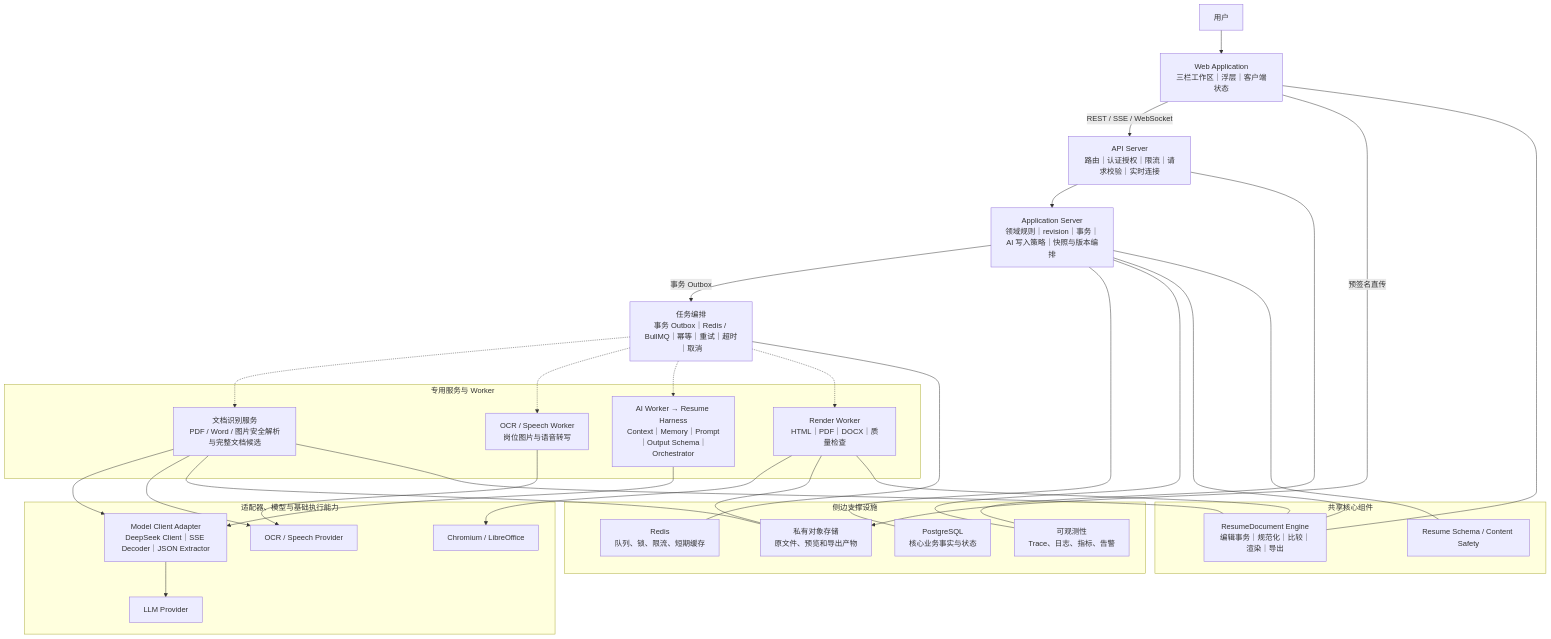
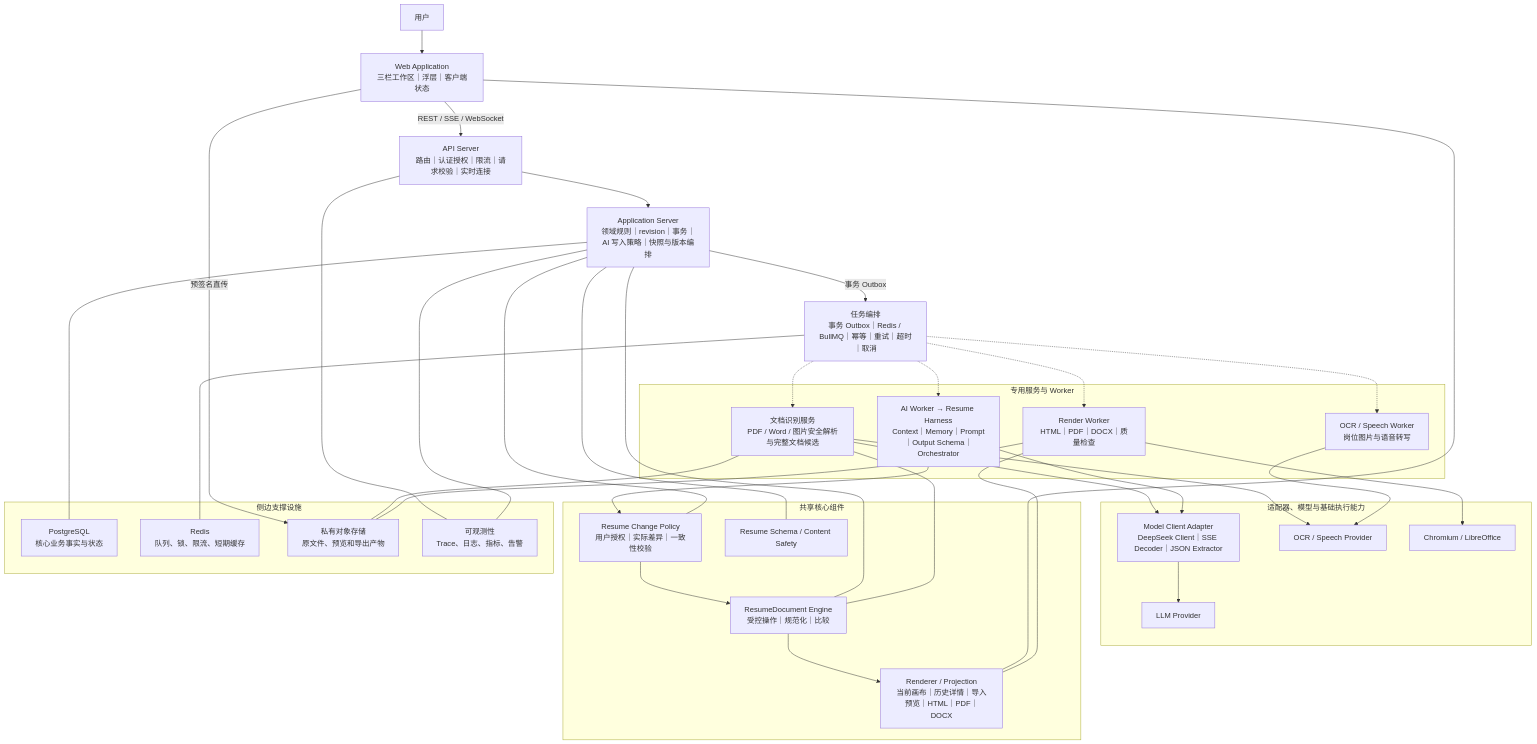
Before and after one commit to SwinBlackSea/resume: the diagram in TECH.md, drawn with Mermaid. The commit also changed other lines of this file and 49 other files, not shown here.

````diff
--- a/TECH.md
+++ b/TECH.md
@@ -91,60 +100,64 @@
 ```mermaid
 flowchart TB
     User["用户"]
     Web["Web Application<br/>三栏工作区｜浮层｜客户端状态"]
     API["API Server<br/>路由｜认证授权｜限流｜请求校验｜实时连接"]
     App["Application Server<br/>领域规则｜revision｜事务｜AI 写入策略｜快照与版本编排"]
     Orchestrator["任务编排<br/>事务 Outbox｜Redis / BullMQ｜幂等｜重试｜超时｜取消"]
 
     subgraph Execution["专用服务与 Worker"]
         Recognition["文档识别服务<br/>PDF / Word / 图片安全解析与完整文档候选"]
         OCRWorker["OCR / Speech Worker<br/>岗位图片与语音转写"]
         AIWorker["AI Worker → Resume Harness<br/>Context｜Memory｜Prompt｜Output Schema｜Orchestrator"]
         RenderWorker["Render Worker<br/>HTML｜PDF｜DOCX｜质量检查"]
     end
 
     subgraph Runtime["适配器、模型与基础执行能力"]
         ModelClient["Model Client Adapter<br/>DeepSeek Client｜SSE Decoder｜JSON Extractor"]
         LLM["LLM Provider"]
         OCRProvider["OCR / Speech Provider"]
         DocumentRuntime["Chromium / LibreOffice"]
     end
 
     subgraph SharedCore["共享核心组件"]
-        ResumeDocument["ResumeDocument Engine<br/>编辑事务｜规范化｜比较｜渲染｜导出"]
+        ChangePolicy["Resume Change Policy<br/>用户授权｜实际差异｜一致性校验"]
+        ResumeDocument["ResumeDocument Engine<br/>受控操作｜规范化｜比较"]
+        Renderer["Renderer / Projection<br/>当前画布｜历史详情｜导入预览｜HTML｜PDF｜DOCX"]
         ResumeSchema["Resume Schema / Content Safety"]
     end
 
     subgraph Support["侧边支撑设施"]
         PostgreSQL["PostgreSQL<br/>核心业务事实与状态"]
         Redis["Redis<br/>队列、锁、限流、短期缓存"]
         ObjectStore["私有对象存储<br/>原文件、预览和导出产物"]
         Observability["可观测性<br/>Trace、日志、指标、告警"]
     end
 
     User --> Web -->|"REST / SSE / WebSocket"| API --> App
     App -->|"事务 Outbox"| Orchestrator
     Orchestrator -.-> Recognition
     Orchestrator -.-> OCRWorker
     Orchestrator -.-> AIWorker
     Orchestrator -.-> RenderWorker
 
     Recognition --> ModelClient
     Recognition --> OCRProvider
     OCRWorker --> OCRProvider
     AIWorker --> ModelClient --> LLM
+    AIWorker --> ChangePolicy --> ResumeDocument --> Renderer
     RenderWorker --> DocumentRuntime
 
     App --- PostgreSQL
     Orchestrator --- Redis
     Web -->|"预签名直传"| ObjectStore
     Recognition --- ObjectStore
     RenderWorker --- ObjectStore
     API --- Observability
     App --- Observability
-    Web --- ResumeDocument
+    Web --- Renderer
     App --- ResumeDocument
+    App --- ChangePolicy
     App --- ResumeSchema
     Recognition --- ResumeDocument
-    RenderWorker --- ResumeDocument
+    RenderWorker --- Renderer
 ```
````
